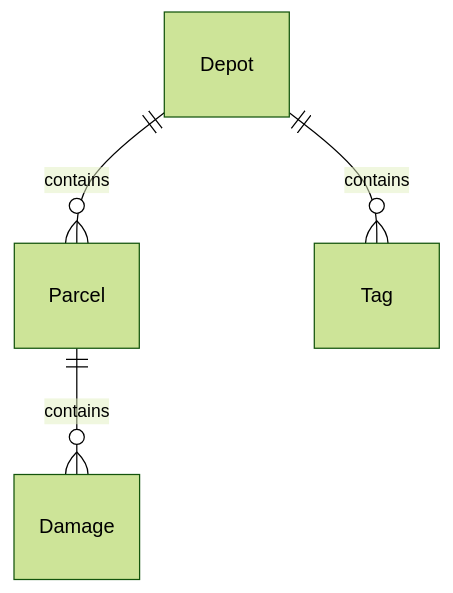
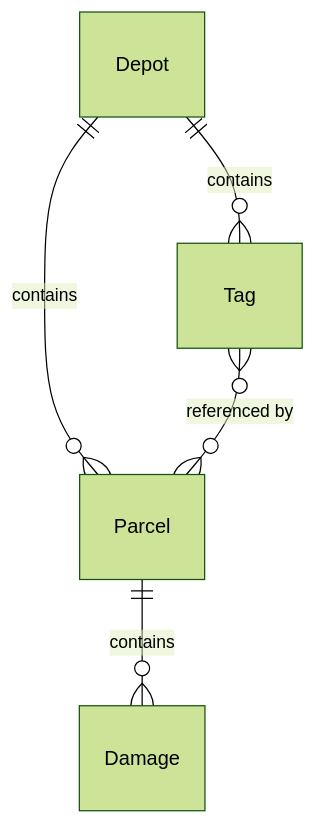
Before and after one commit to nicklanng/dynago: the first of 9 diagrams in internal/e2e/fixture/fixture.model.md, drawn with Mermaid (forest theme). The commit also changed other lines of this file and 10 other files, not shown here.

````diff
--- a/internal/e2e/fixture/fixture.model.md
+++ b/internal/e2e/fixture/fixture.model.md
@@ -36,6 +36,7 @@
 ```mermaid
 erDiagram
   Depot ||--o{ Parcel : "contains"
   Depot ||--o{ Tag : "contains"
   Parcel ||--o{ Damage : "contains"
+  Tag }o--o{ Parcel : "referenced by"
 ```
````
